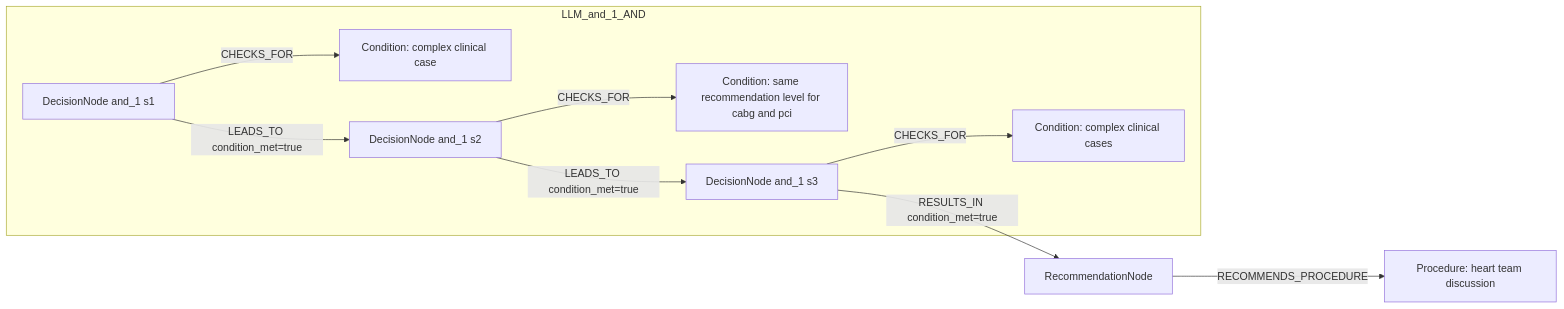
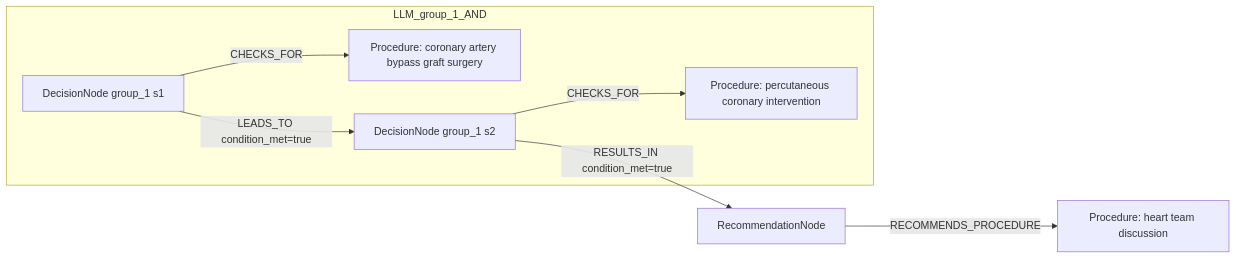
Before and after one commit to dieterich-lab/CardioGuidelinesGraph: the second of 2 diagrams in docs/table22_rows_comparison/row_02.md, drawn with Mermaid. The commit also changed other lines of this file and 20 other files, not shown here.

````diff
--- a/docs/table22_rows_comparison/row_02.md
+++ b/docs/table22_rows_comparison/row_02.md
@@ -193,20 +244,16 @@
 ```mermaid
 graph LR
   REC[RecommendationNode]
   ACT1[Procedure: heart team discussion]
   REC -->|RECOMMENDS_PROCEDURE| ACT1
-  subgraph LLM_and_1_AND
-    D_and_1_1[DecisionNode and_1 s1]
-    C_and_1_1[Condition: complex clinical case]
-    D_and_1_1 -->|CHECKS_FOR| C_and_1_1
-    D_and_1_2[DecisionNode and_1 s2]
-    C_and_1_2[Condition: same recommendation level for cabg and pci]
-    D_and_1_2 -->|CHECKS_FOR| C_and_1_2
-    D_and_1_3[DecisionNode and_1 s3]
-    C_and_1_3[Condition: complex clinical cases]
-    D_and_1_3 -->|CHECKS_FOR| C_and_1_3
-    D_and_1_1 -->|LEADS_TO condition_met=true| D_and_1_2
-    D_and_1_2 -->|LEADS_TO condition_met=true| D_and_1_3
+  subgraph LLM_group_1_AND
+    D_group_1_1[DecisionNode group_1 s1]
+    C_group_1_1[Procedure: coronary artery bypass graft surgery]
+    D_group_1_1 -->|CHECKS_FOR| C_group_1_1
+    D_group_1_2[DecisionNode group_1 s2]
+    C_group_1_2[Procedure: percutaneous coronary intervention]
+    D_group_1_2 -->|CHECKS_FOR| C_group_1_2
+    D_group_1_1 -->|LEADS_TO condition_met=true| D_group_1_2
   end
-  D_and_1_3 -->|RESULTS_IN condition_met=true| REC
+  D_group_1_2 -->|RESULTS_IN condition_met=true| REC
 ```
````
